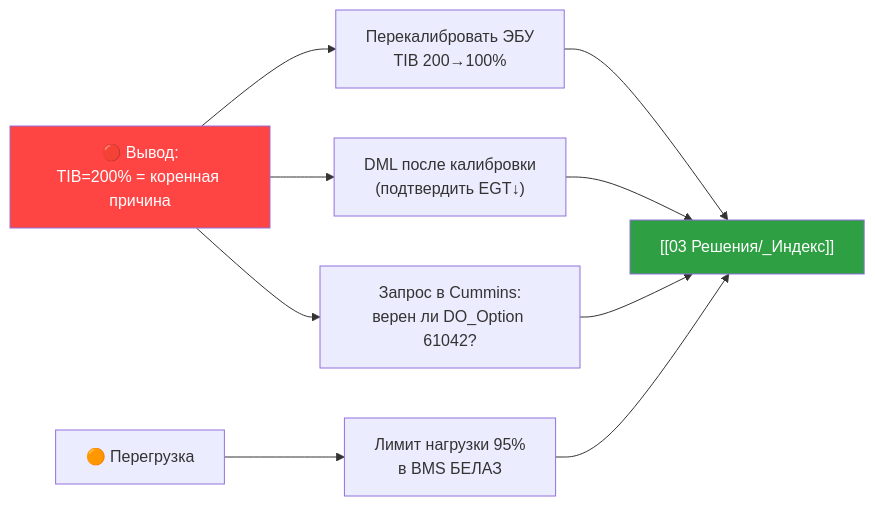
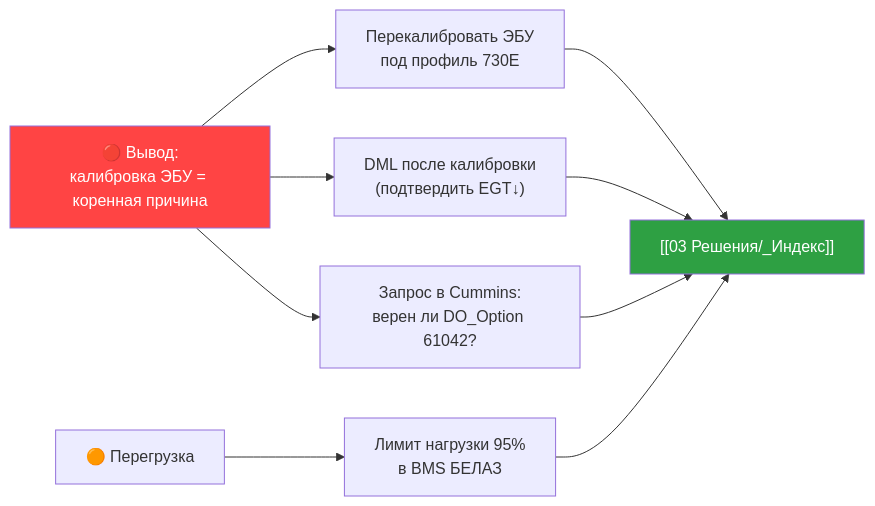
One commit to victorekuznetsov/NTE200 changed the fourth of 4 diagrams in 02 Диагностика/Думающая модель — карта расследования.md. Above: the diagram before and after it, drawn with Mermaid. The commit also changed other lines of this file and 22 other files, not shown here.

````diff
--- a/02 Диагностика/Думающая модель — карта расследования.md
+++ b/02 Диагностика/Думающая модель — карта расследования.md
@@ -205,13 +210,13 @@
 ```mermaid
 flowchart LR
-    V["🔴 Вывод:<br/>TIB=200% = коренная причина"] --> A1["Перекалибровать ЭБУ<br/>TIB 200→100%"]
+    V["🔴 Вывод:<br/>калибровка ЭБУ = коренная причина"] --> A1["Перекалибровать ЭБУ<br/>под профиль 730E"]
     V --> A2["DML после калибровки<br/>(подтвердить EGT↓)"]
     AMP["🟠 Перегрузка"] --> A3["Лимит нагрузки 95%<br/>в BMS БЕЛАЗ"]
     V --> A4["Запрос в Cummins:<br/>верен ли DO_Option 61042?"]
     A1 --> DOC["[[03 Решения/_Индекс]]"]
     A2 --> DOC
     A3 --> DOC
     A4 --> DOC
     style V fill:#ff4444,color:#fff
     style DOC fill:#2ea043,color:#fff
 ```
````
